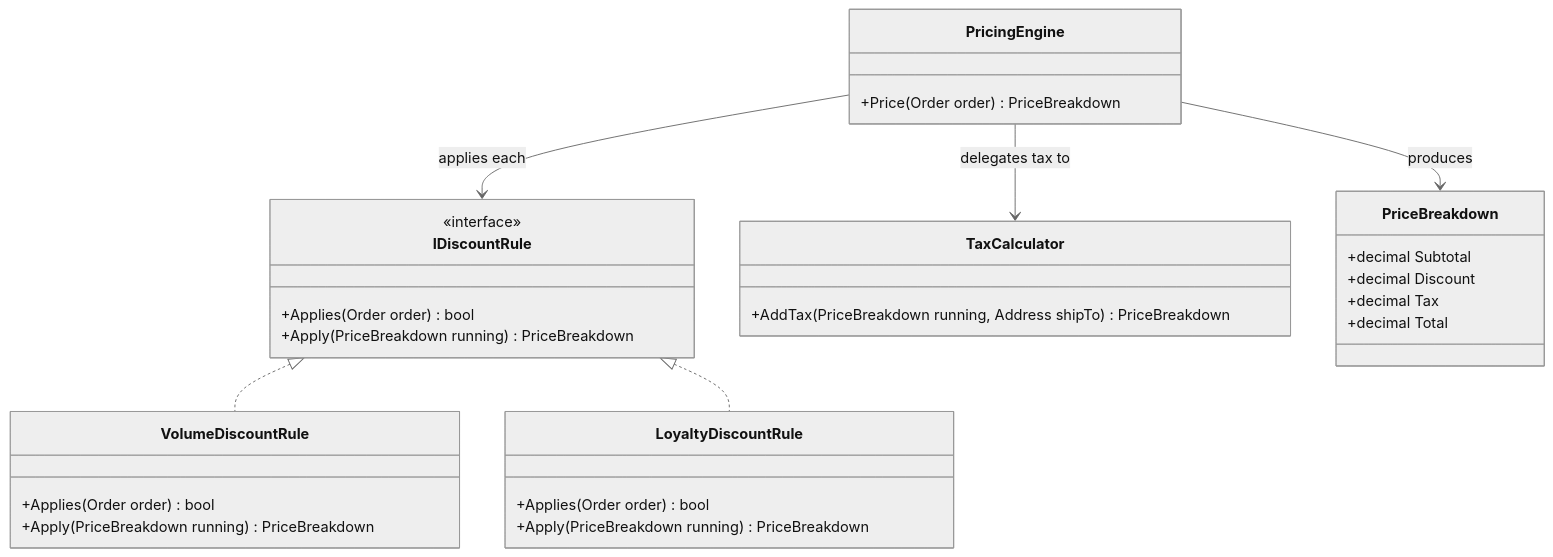
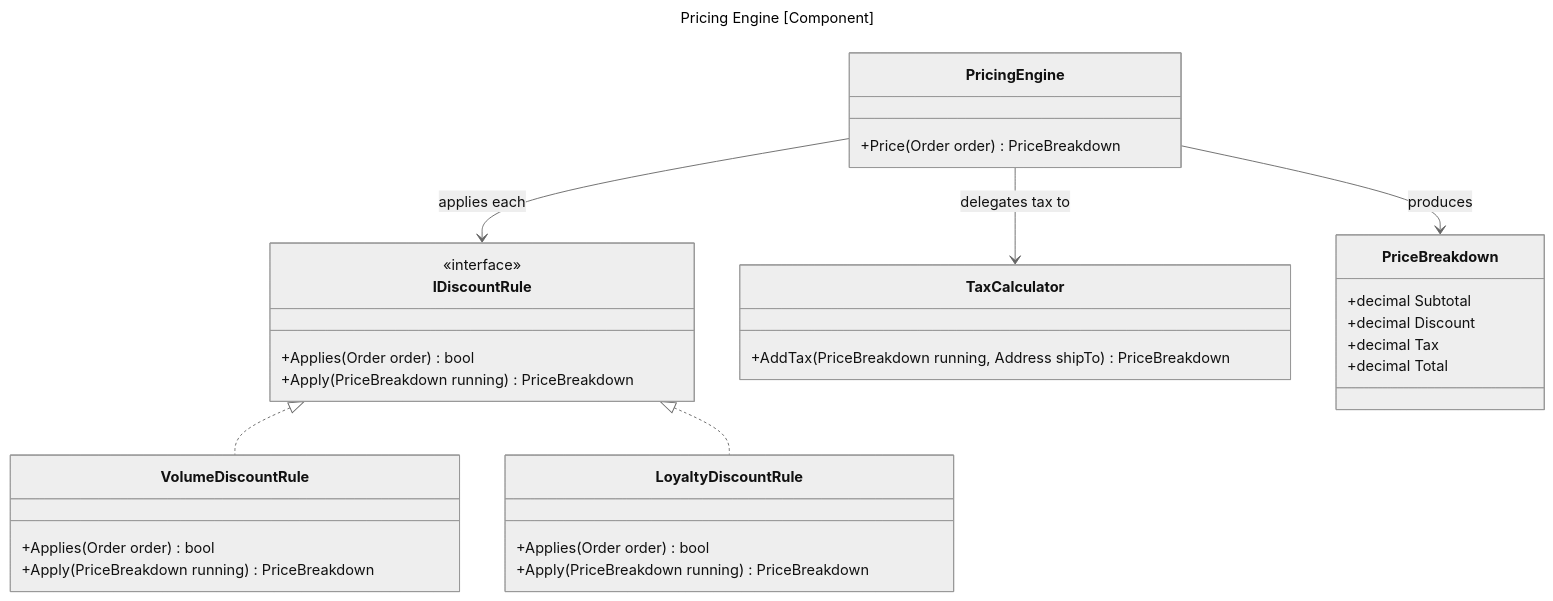
Before and after one commit to Salazander/hve-core: the fifth of 6 diagrams in .github/skills/hve-core/c4-architecture/references/renderer-mermaid.md, drawn with Mermaid (neutral theme). The commit also changed other lines of this file and 2 other files, not shown here.

````diff
--- a/.github/skills/hve-core/c4-architecture/references/renderer-mermaid.md
+++ b/.github/skills/hve-core/c4-architecture/references/renderer-mermaid.md
@@ -432,34 +414,37 @@
 ```mermaid
+---
+title: Pricing Engine [Component]
+---
 classDiagram
     class PricingEngine {
         +Price(Order order) PriceBreakdown
     }
     class IDiscountRule {
         <<interface>>
         +Applies(Order order) bool
         +Apply(PriceBreakdown running) PriceBreakdown
     }
     class VolumeDiscountRule {
         +Applies(Order order) bool
         +Apply(PriceBreakdown running) PriceBreakdown
     }
     class LoyaltyDiscountRule {
         +Applies(Order order) bool
         +Apply(PriceBreakdown running) PriceBreakdown
     }
     class TaxCalculator {
         +AddTax(PriceBreakdown running, Address shipTo) PriceBreakdown
     }
     class PriceBreakdown {
         +decimal Subtotal
         +decimal Discount
         +decimal Tax
         +decimal Total
     }
 
     PricingEngine --> IDiscountRule : applies each
     PricingEngine --> TaxCalculator : delegates tax to
     PricingEngine --> PriceBreakdown : produces
     IDiscountRule <|.. VolumeDiscountRule
     IDiscountRule <|.. LoyaltyDiscountRule
 ```
````
